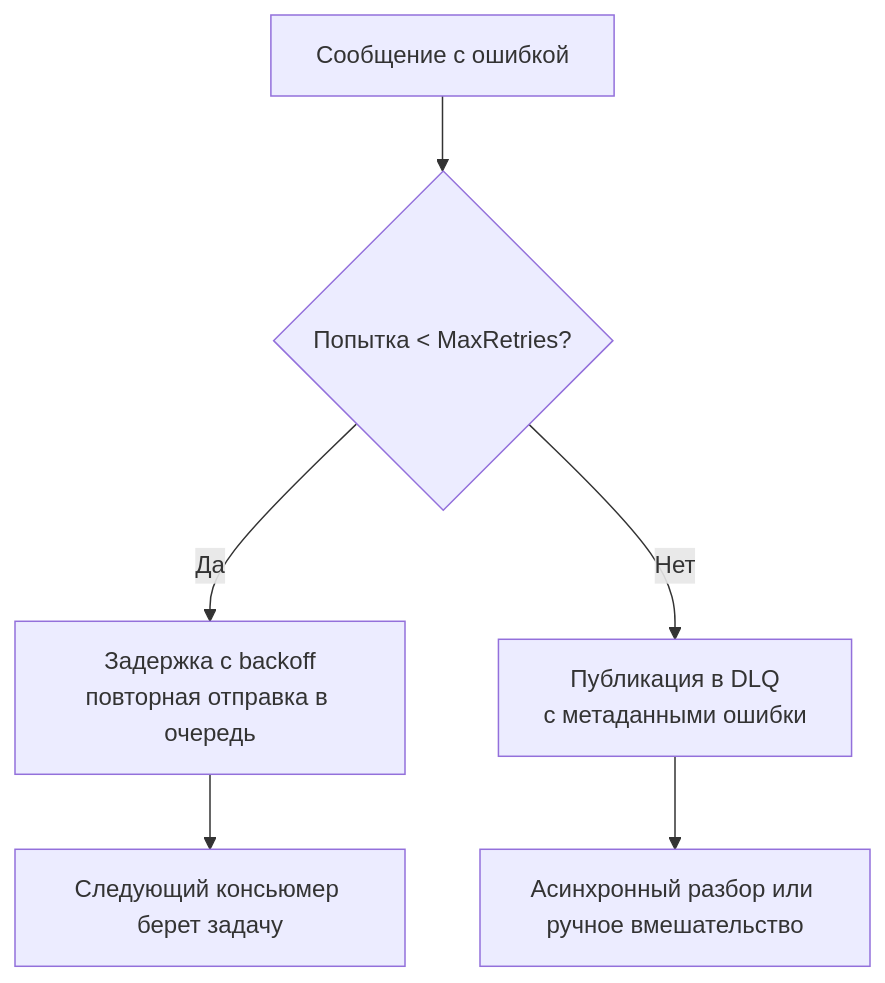
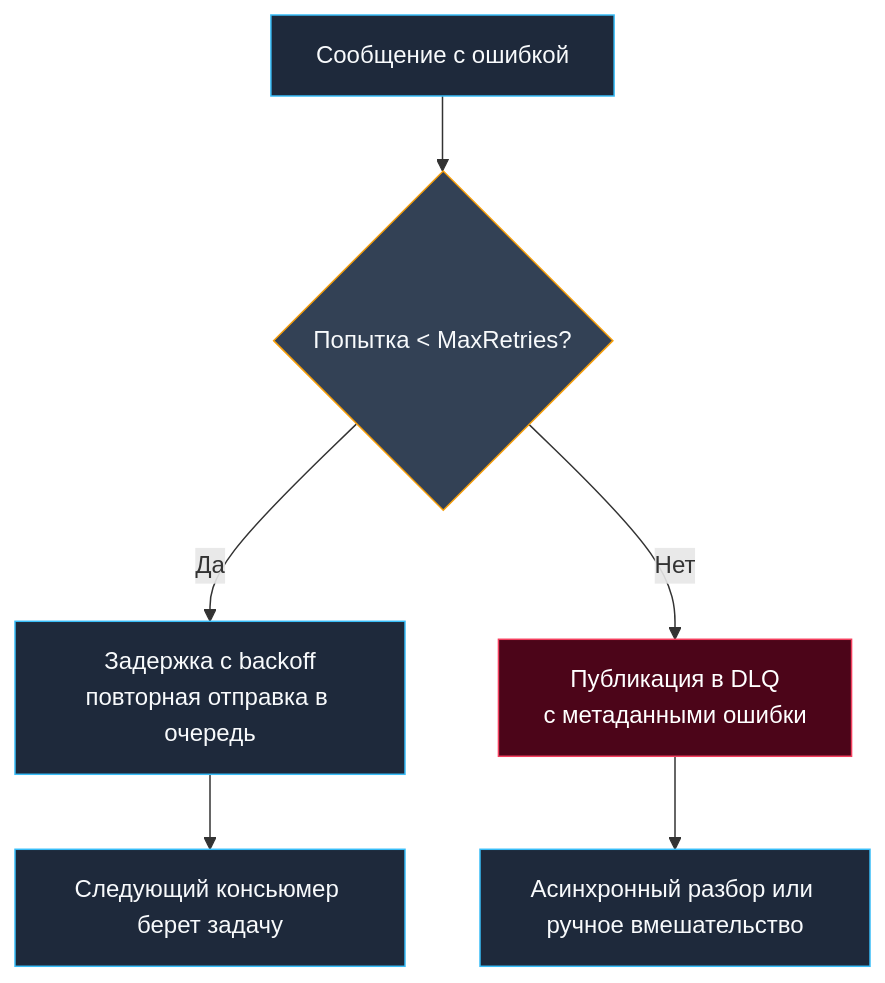
One commit to UnrealTemplier/go-textbook changed the second of 2 diagrams in sources/9. Бэкенд на Go (Практика разработки)/27. Очереди задач.md. Above: the diagram before and after it, drawn with Mermaid. The commit also changed other lines of this file, not shown here.

````diff
--- a/sources/9. Бэкенд на Go (Практика разработки)/27. Очереди задач.md
+++ b/sources/9. Бэкенд на Go (Практика разработки)/27. Очереди задач.md
@@ -126,8 +143,15 @@
 ```mermaid
 flowchart TD
     A["Сообщение с ошибкой"] --> B{"Попытка < MaxRetries?"}
     B -->|Да| C["Задержка с backoff<br>повторная отправка в очередь"]
     C --> D["Следующий консьюмер берет задачу"]
     B -->|Нет| E["Публикация в DLQ<br>с метаданными ошибки"]
     E --> F["Асинхронный разбор или ручное вмешательство"]
+
+    classDef normal fill:#1e293b,stroke:#38bdf8,color:#f8fafc;
+    classDef decision fill:#334155,stroke:#f59e0b,color:#f8fafc;
+    classDef dlq fill:#4c0519,stroke:#f43f5e,color:#ffffff;
+    class A,C,D,F normal;
+    class B decision;
+    class E dlq;
 ```
````
